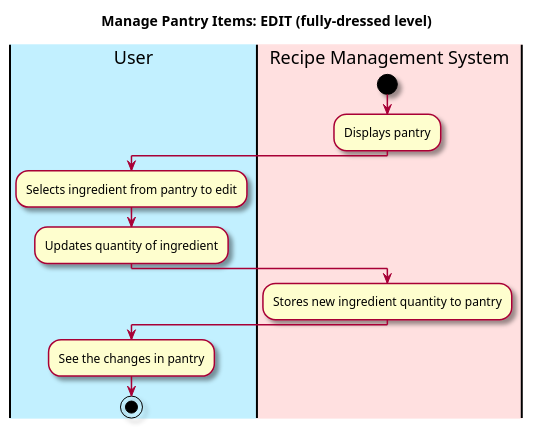
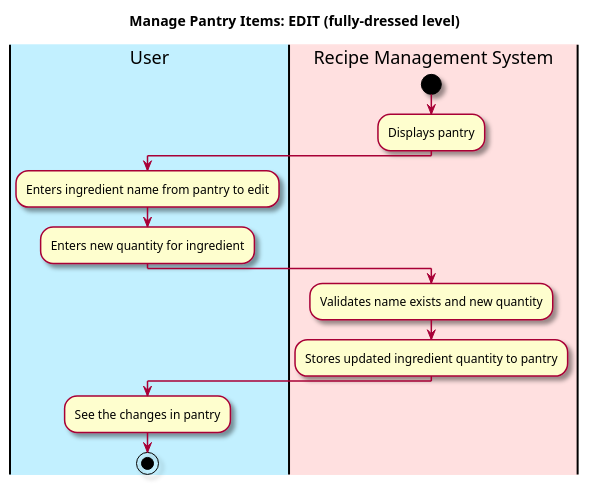
One commit to berthashipper/Pantry-Pal-Android-Application changed the third of 8 diagrams in intellij/doc/use-cases/manage_pantry.md. Above: the diagram before and after it, drawn with PlantUML. The commit also changed other lines of this file and 11 other files, not shown here.

Commit message:
Updated sequence diagrams and workflows to reflect real code

````diff
--- a/intellij/doc/use-cases/manage_pantry.md
+++ b/intellij/doc/use-cases/manage_pantry.md
@@ -97,28 +81,25 @@
 ```plantuml
 @startuml
-
 skin rose
 
 title  Manage Pantry Items: EDIT (fully-dressed level)
 
 'define the lanes
 |#application|User|
 |#implementation|Recipe Management System|
 
 |Recipe Management System|
 start
 :Displays pantry;
 |User|
-:Selects ingredient from pantry to edit;
-:Updates quantity of ingredient;
-
+:Enters ingredient name from pantry to edit;
+:Enters new quantity for ingredient;
 |Recipe Management System|
-
-:Stores new ingredient quantity to pantry;
-
+:Validates name exists and new quantity;
+:Stores updated ingredient quantity to pantry;
 |User|
 :See the changes in pantry;
-
 stop
 @enduml
+
 ```
````
